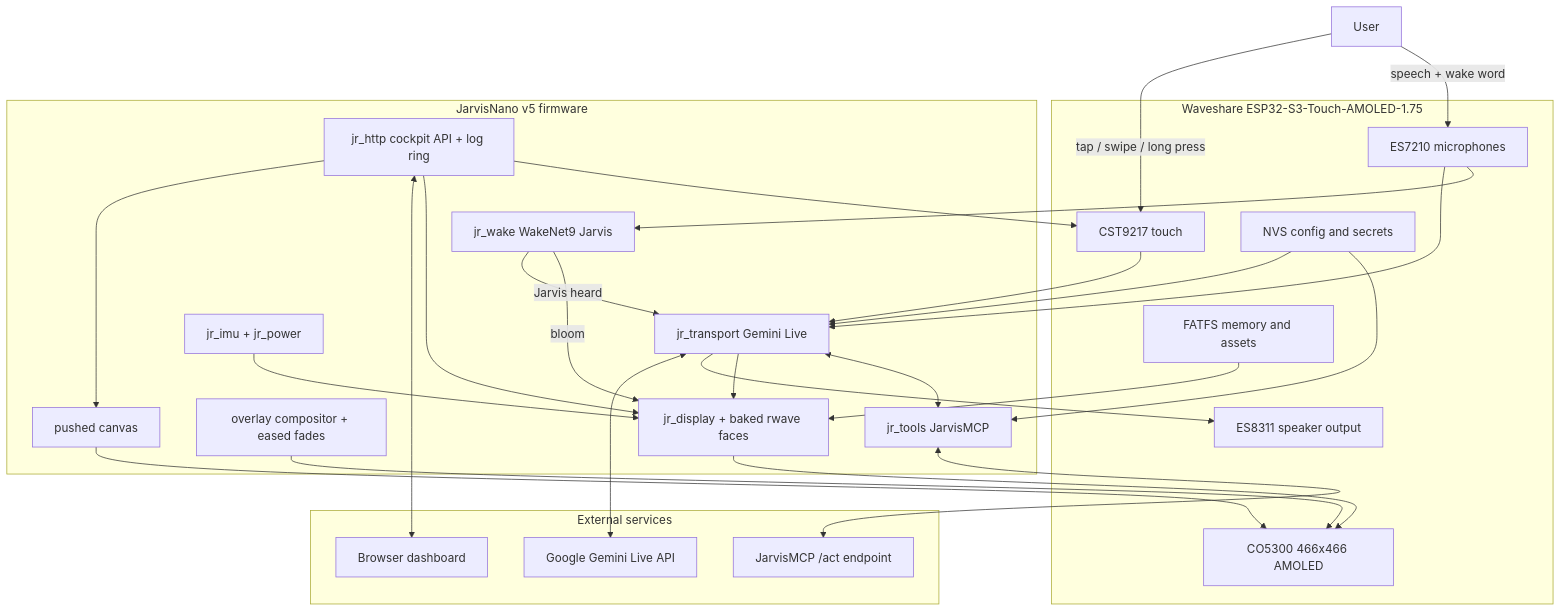
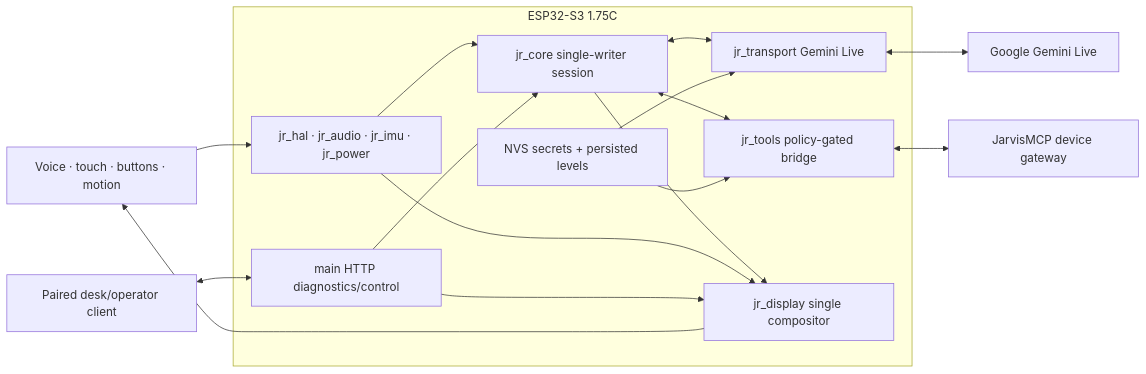
One commit to PascalAI2024/JarvisNano changed the diagram in README.md. Above: the diagram before and after it, drawn with Mermaid. The commit also changed other lines of this file and 114 other files, not shown here.

First line of the commit message:
feat: finalize JarvisNano 1.75C product

````diff
--- a/README.md
+++ b/README.md
@@ -57,54 +89,29 @@
 ```mermaid
-flowchart TB
-    User[User]
+flowchart LR
+    Human[Voice · touch · buttons · motion]
 
-    subgraph Board[Waveshare ESP32-S3-Touch-AMOLED-1.75]
-        Touch[CST9217 touch]
-        Mic[ES7210 microphones]
-        Speaker[ES8311 speaker output]
-        Display[CO5300 466x466 AMOLED]
-        NVS[NVS config and secrets]
-        FATFS[FATFS memory and assets]
+    subgraph Device[ESP32-S3 1.75C]
+        HAL[jr_hal · jr_audio · jr_imu · jr_power]
+        Core[jr_core single-writer session]
+        Voice[jr_transport Gemini Live]
+        Tools[jr_tools policy-gated bridge]
+        Glass[jr_display single compositor]
+        HTTP[main HTTP diagnostics/control]
+        NVS[NVS secrets + persisted levels]
     end
 
-    subgraph Firmware[JarvisNano v5 firmware]
-        Gemini[jr_transport Gemini Live]
-        Wake[jr_wake WakeNet9 Jarvis]
-        Face[jr_display + baked rwave faces]
-        HUD[overlay compositor + eased fades]
-        Canvas[pushed canvas]
-        HTTP[jr_http cockpit API + log ring]
-        MCP[jr_tools JarvisMCP]
-        IMU[jr_imu + jr_power]
-    end
+    Gemini[Google Gemini Live]
+    MCP[JarvisMCP device gateway]
+    Operator[Paired desk/operator client]
 
-    subgraph External[External services]
-        GeminiAPI[Google Gemini Live API]
-        JarvisMCP[JarvisMCP /act endpoint]
-        Browser[Browser dashboard]
-    end
-
-    User -->|tap / swipe / long press| Touch
-    User -->|speech + wake word| Mic
-    Touch --> Gemini
-    Mic --> Gemini
-    Mic --> Wake
-    Wake -->|"Jarvis" heard| Gemini
-    Wake -->|bloom| Face
-    HTTP --> Canvas
-    Canvas --> Display
-    Gemini <--> GeminiAPI
-    Gemini --> Speaker
-    Gemini --> Face
-    Gemini <--> MCP
-    MCP <--> JarvisMCP
-    Face --> Display
-    HUD --> Display
-    IMU --> Face
-    NVS --> Gemini
-    NVS --> MCP
-    FATFS --> Face
-    HTTP <--> Browser
-    HTTP --> Face
-    HTTP --> Touch
+    Human --> HAL --> Core
+    Core <--> Voice <--> Gemini
+    Core <--> Tools <--> MCP
+    Core --> Glass --> Human
+    HAL --> Glass
+    NVS --> Voice
+    NVS --> Tools
+    Operator <--> HTTP
+    HTTP --> Core
+    HTTP --> Glass
 ```
````
